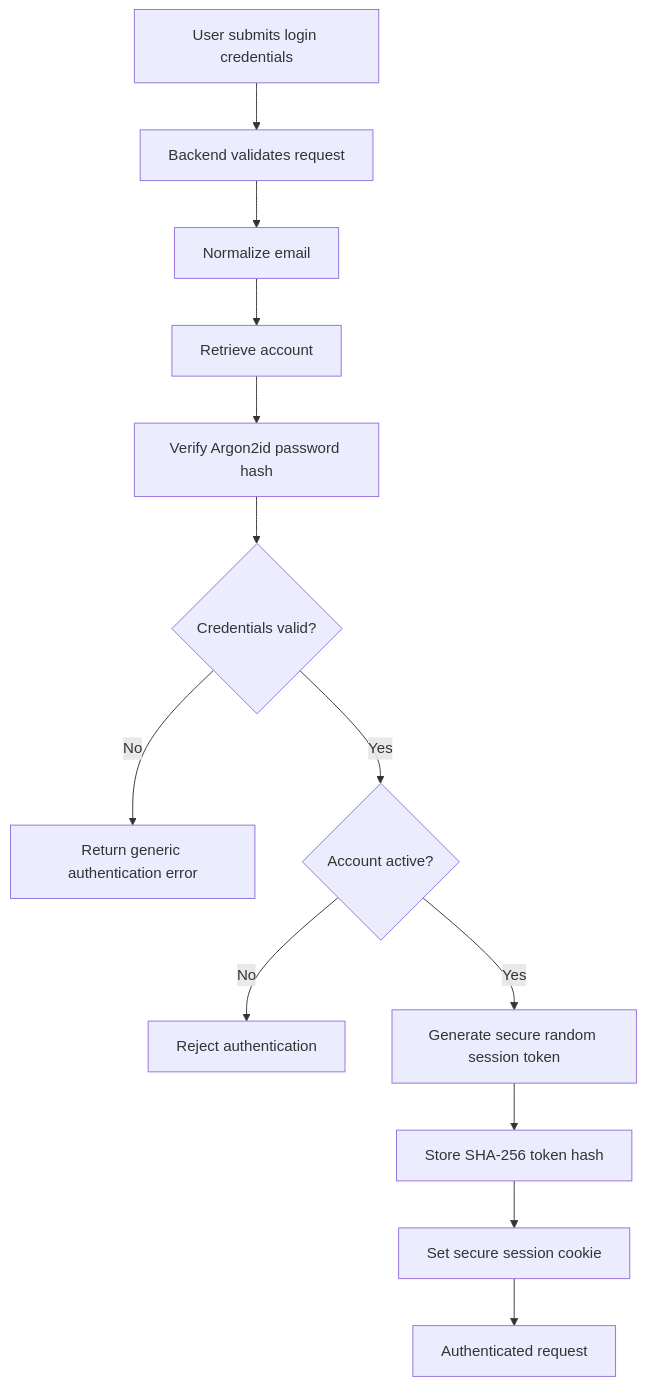
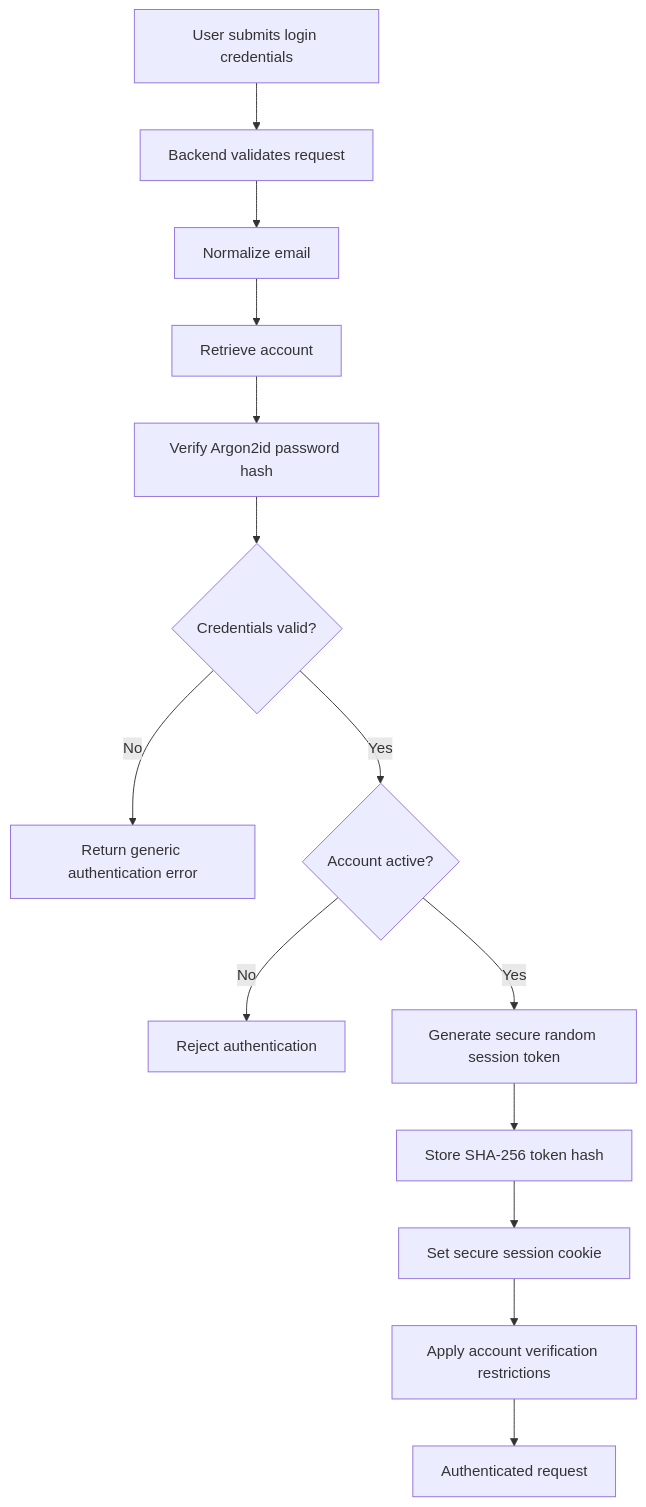
Before and after one commit to abdulrehman1111-de/Queralyth: the diagram in docs/03-system-design/05-Authentication-and-Security.md, drawn with Mermaid. The commit also changed other lines of this file and 4 other files, not shown here.

````diff
--- a/docs/03-system-design/05-Authentication-and-Security.md
+++ b/docs/03-system-design/05-Authentication-and-Security.md
@@ -72,15 +72,16 @@
 ```mermaid
 flowchart TD
     A[User submits login credentials] --> B[Backend validates request]
     B --> C[Normalize email]
     C --> D[Retrieve account]
     D --> E[Verify Argon2id password hash]
     E --> F{Credentials valid?}
     F -->|No| G[Return generic authentication error]
     F -->|Yes| H{Account active?}
     H -->|No| I[Reject authentication]
     H -->|Yes| J[Generate secure random session token]
     J --> K[Store SHA-256 token hash]
     K --> L[Set secure session cookie]
-    L --> M[Authenticated request]
+    L --> M[Apply account verification restrictions]
+    M --> N[Authenticated request]
 ```
````
